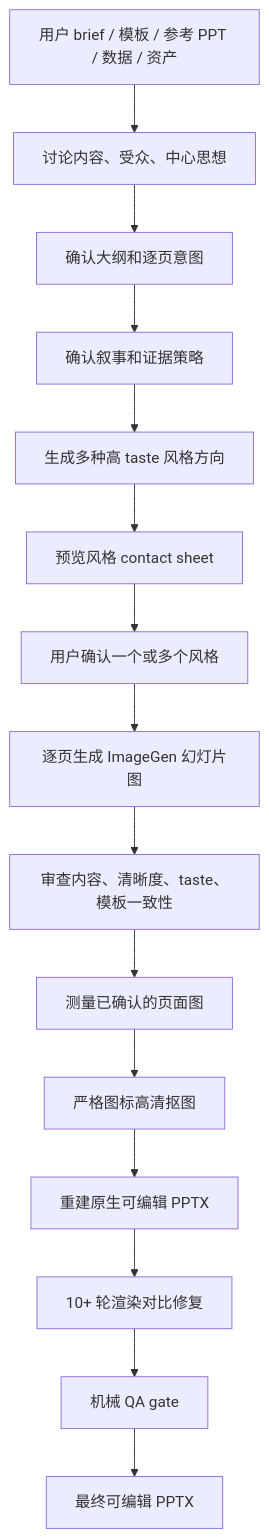
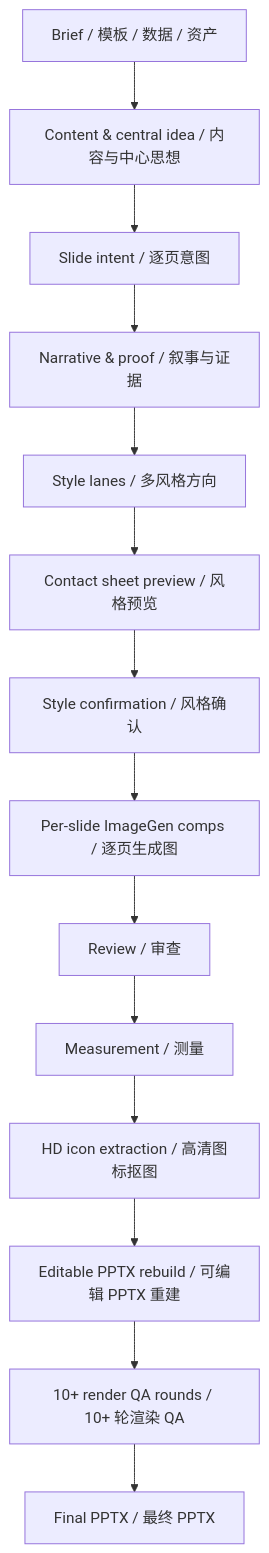
Before and after one commit to eddyzzl/imagegen-pptx-pipeline: the diagram in README.md, drawn with Mermaid. The commit also changed other lines of this file and 21 other files, not shown here.

````diff
--- a/README.md
+++ b/README.md
@@ -205,17 +77,16 @@
 ```mermaid
 flowchart TD
-  A[用户 brief / 模板 / 参考 PPT / 数据 / 资产] --> B[讨论内容、受众、中心思想]
-  B --> C[确认大纲和逐页意图]
-  C --> D[确认叙事和证据策略]
-  D --> E[生成多种高 taste 风格方向]
-  E --> F[预览风格 contact sheet]
-  F --> G[用户确认一个或多个风格]
-  G --> H[逐页生成 ImageGen 幻灯片图]
-  H --> I[审查内容、清晰度、taste、模板一致性]
-  I --> J[测量已确认的页面图]
-  J --> K[严格图标高清抠图]
-  K --> L[重建原生可编辑 PPTX]
-  L --> M[10+ 轮渲染对比修复]
-  M --> N[机械 QA gate]
-  N --> O[最终可编辑 PPTX]
+  A[Brief / 模板 / 数据 / 资产] --> B[Content & central idea / 内容与中心思想]
+  B --> C[Slide intent / 逐页意图]
+  C --> D[Narrative & proof / 叙事与证据]
+  D --> E[Style lanes / 多风格方向]
+  E --> F[Contact sheet preview / 风格预览]
+  F --> G[Style confirmation / 风格确认]
+  G --> H[Per-slide ImageGen comps / 逐页生成图]
+  H --> I[Review / 审查]
+  I --> J[Measurement / 测量]
+  J --> K[HD icon extraction / 高清图标抠图]
+  K --> L[Editable PPTX rebuild / 可编辑 PPTX 重建]
+  L --> M[10+ render QA rounds / 10+ 轮渲染 QA]
+  M --> N[Final PPTX / 最终 PPTX]
 ```
````
